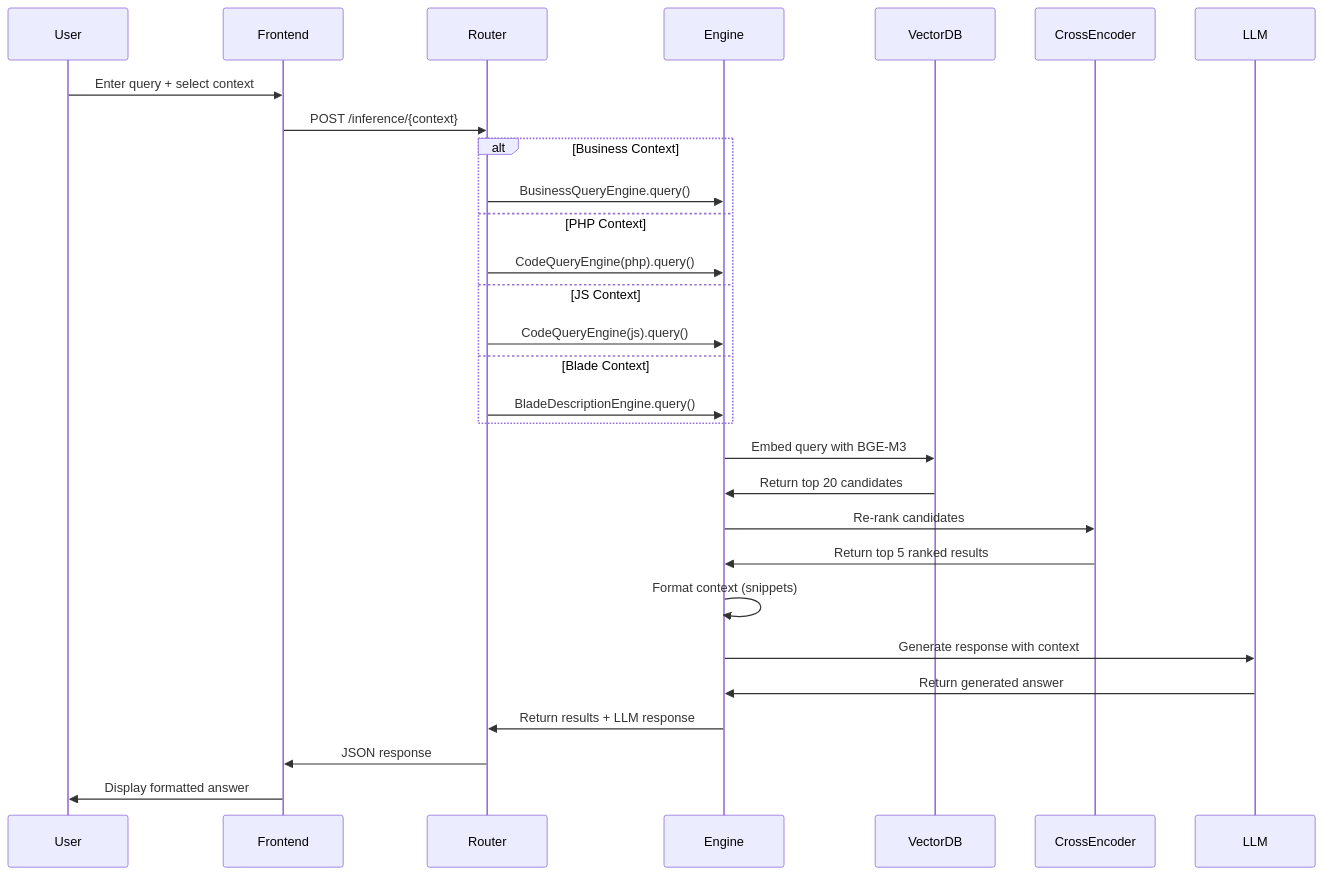
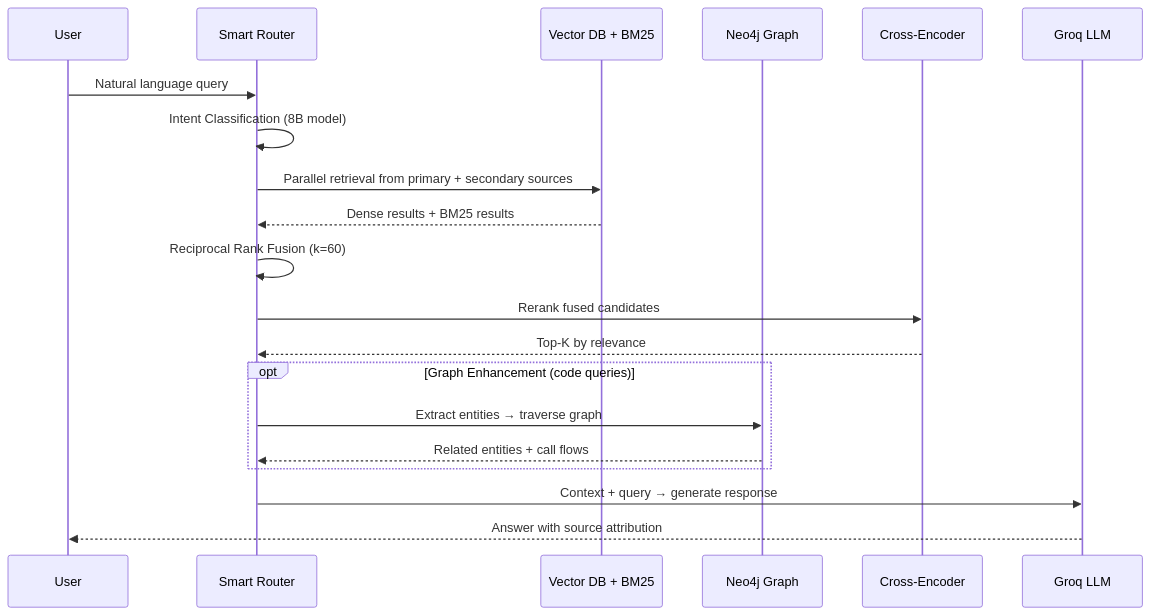
Before and after one commit to yash-ganatra/Banking-knowledgeAssistance: the second of 4 diagrams in README.md, drawn with Mermaid. The commit also changed other lines of this file, not shown here.

````diff
--- a/README.md
+++ b/README.md
@@ -1930,37 +143,26 @@
 ```mermaid
 sequenceDiagram
     participant User
-    participant Frontend
-    participant Router
-    participant Engine
-    participant VectorDB
-    participant CrossEncoder
-    participant LLM
-    
-    User->>Frontend: Enter query + select context
-    Frontend->>Router: POST /inference/{context}
-    
-    alt Business Context
-        Router->>Engine: BusinessQueryEngine.query()
-    else PHP Context
-        Router->>Engine: CodeQueryEngine(php).query()
-    else JS Context
-        Router->>Engine: CodeQueryEngine(js).query()
-    else Blade Context
-        Router->>Engine: BladeDescriptionEngine.query()
+    participant Router as Smart Router
+    participant VDB as Vector DB + BM25
+    participant Graph as Neo4j Graph
+    participant CE as Cross-Encoder
+    participant LLM as Groq LLM
+
+    User->>Router: Natural language query
+    Router->>Router: Intent Classification (8B model)
+    Router->>VDB: Parallel retrieval from primary + secondary sources
+    VDB-->>Router: Dense results + BM25 results
+
+    Router->>Router: Reciprocal Rank Fusion (k=60)
+    Router->>CE: Rerank fused candidates
+    CE-->>Router: Top-K by relevance
+
+    opt Graph Enhancement (code queries)
+        Router->>Graph: Extract entities → traverse graph
+        Graph-->>Router: Related entities + call flows
     end
-    
-    Engine->>VectorDB: Embed query with BGE-M3
-    VectorDB->>Engine: Return top 20 candidates
-    
-    Engine->>CrossEncoder: Re-rank candidates
-    CrossEncoder->>Engine: Return top 5 ranked results
-    
-    Engine->>Engine: Format context (snippets)
-    Engine->>LLM: Generate response with context
-    LLM->>Engine: Return generated answer
-    
-    Engine->>Router: Return results + LLM response
-    Router->>Frontend: JSON response
-    Frontend->>User: Display formatted answer
+
+    Router->>LLM: Context + query → generate response
+    LLM-->>User: Answer with source attribution
 ```
````
